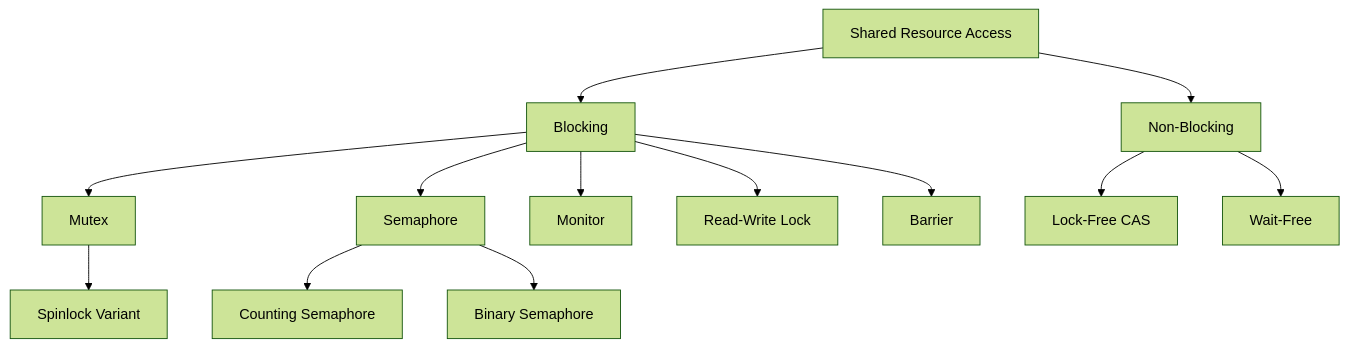
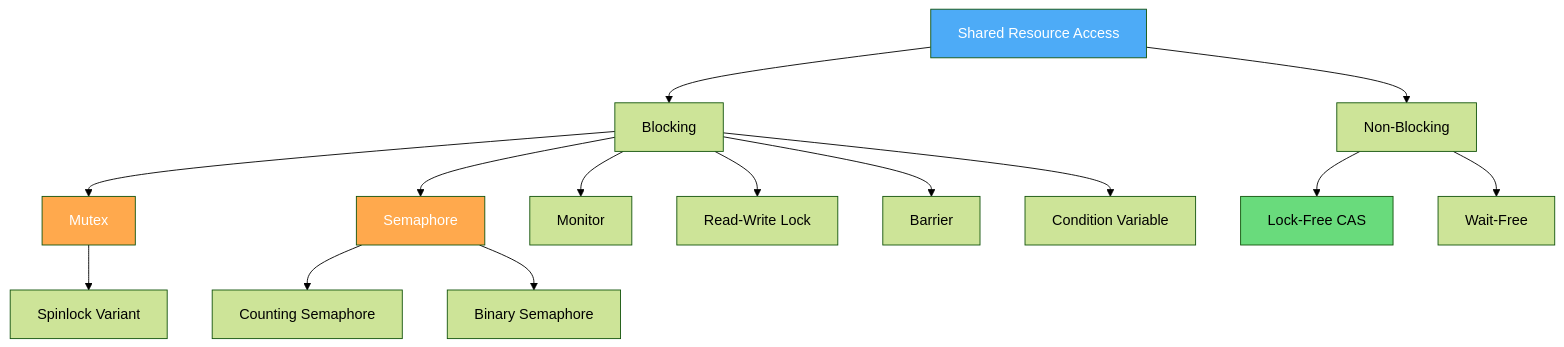
The second of 2 diagrams in src/os/synchronization/README.md (vanos001/placement_prep), drawn with Mermaid (forest theme) before and after one commit. The commit also changed other lines of this file and 2 other files, not shown here.

````diff
--- a/src/os/synchronization/README.md
+++ b/src/os/synchronization/README.md
@@ -69,19 +137,25 @@
 ```mermaid
 graph TD
     A[Shared Resource Access]
     A --> B[Blocking]
     A --> C[Non-Blocking]
     
     B --> D[Mutex]
     B --> E[Semaphore]
     B --> F[Monitor]
     B --> G[Read-Write Lock]
     B --> H[Barrier]
+    B --> I[Condition Variable]
     
-    C --> I[Lock-Free CAS]
-    C --> J[Wait-Free]
+    C --> J[Lock-Free CAS]
+    C --> K[Wait-Free]
     
-    D --> K[Spinlock Variant]
-    E --> L[Counting Semaphore]
-    E --> M[Binary Semaphore]
+    D --> L[Spinlock Variant]
+    E --> M[Counting Semaphore]
+    E --> N[Binary Semaphore]
+    
+    style A fill:#4dabf7,color:#fff
+    style D fill:#ffa94d,color:#fff
+    style E fill:#ffa94d,color:#fff
+    style J fill:#69db7c,color:#000
 ```
````
